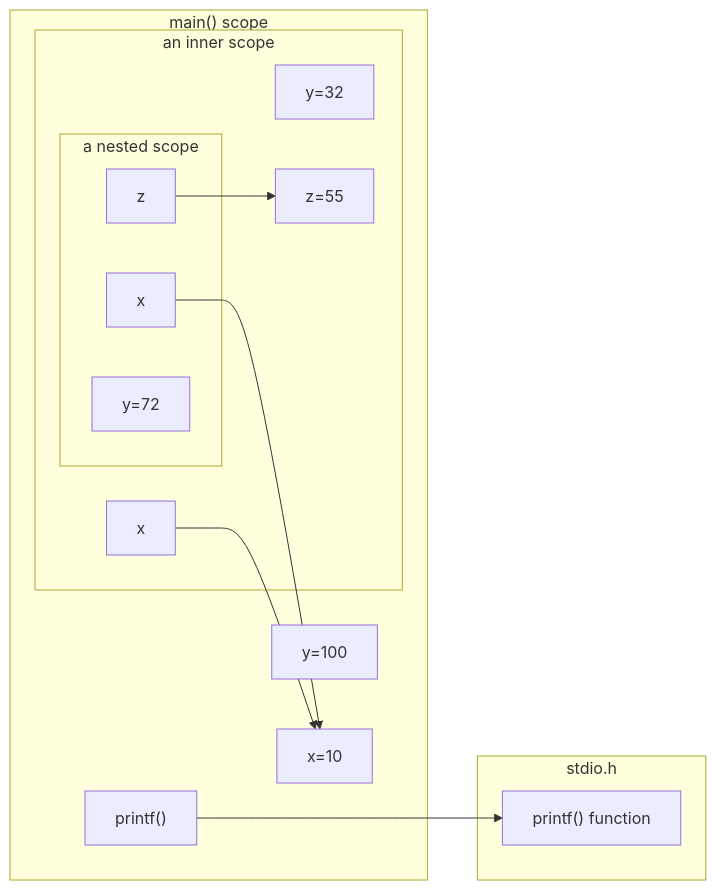
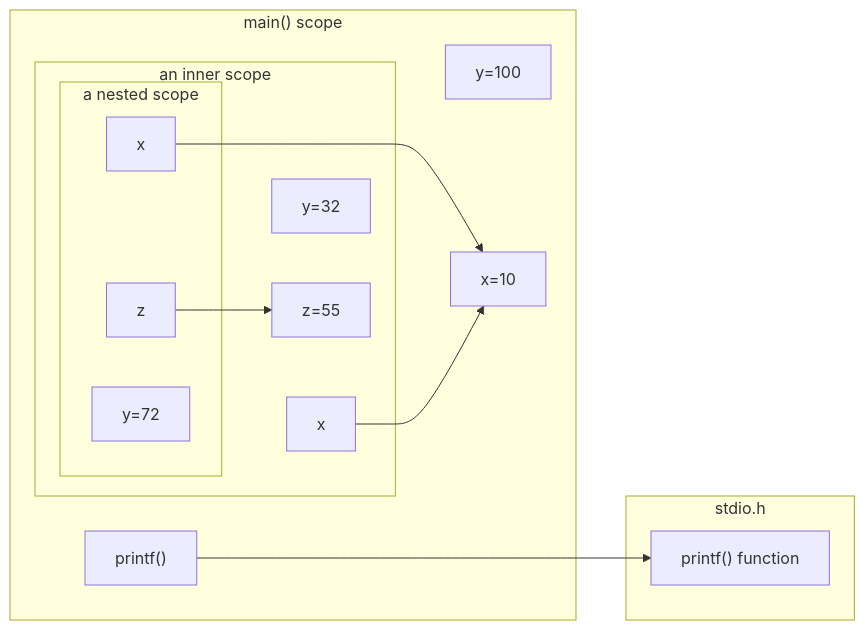
One commit to realityexpander/How_to_program_from_ground_up changed the diagram in 08-StructuredProgramming.md. Above: the diagram before and after it, drawn with Mermaid. The commit also changed other lines of this file, not shown here.

Commit message:
improve structured

````diff
--- a/08-StructuredProgramming.md
+++ b/08-StructuredProgramming.md
@@ -79,29 +80,29 @@
   ```mermaid
      flowchart LR
   
      subgraph main_scope["main() scope"]
        y01["y=100"]
        x1["x=10"]
-       x3 --> x1
+       x3 ---> x1
        x2 --> x1
        subgraph innerScope["an inner scope"]
          x2["x"]
          y2["y=32"]
          z1["z=55"]
          z2 --> z1
          subgraph nestedScope["a nested scope"]
            y3["y=72"]
            x3["x"]
            z2["z"]
          end
        end
        
        printf2
      end
   
      subgraph stdio["stdio.h"]
        printf["printf() function"]
      end
   
-     printf2["printf()"] ---> printf   
+     printf2["printf()"] ----> printf   
   ```
````
